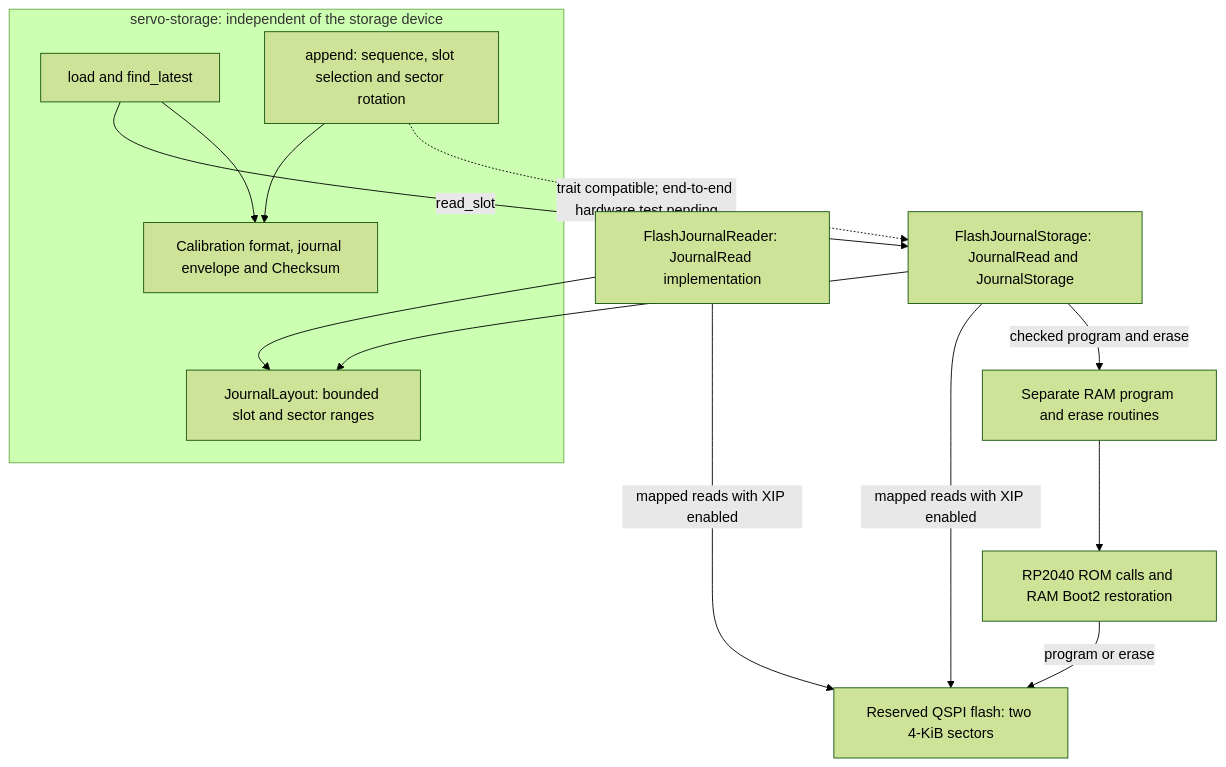
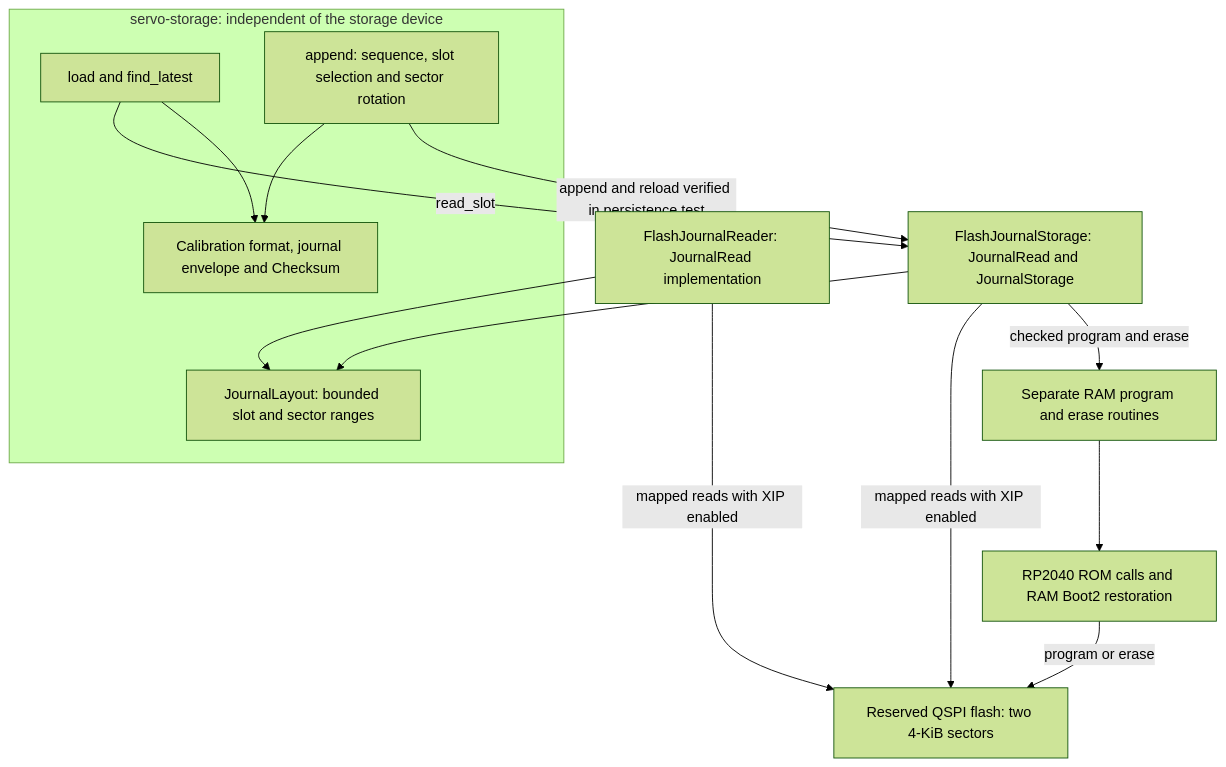
Before and after one commit to ebe542/hexaroam: the third of 3 diagrams in docs/architecture/software-layers.md, drawn with Mermaid (forest theme). The commit also changed other lines of this file and 5 other files, not shown here.

````diff
--- a/docs/architecture/software-layers.md
+++ b/docs/architecture/software-layers.md
@@ -69,25 +69,25 @@
 ```mermaid
 flowchart TD
     subgraph Storage["servo-storage: independent of the storage device"]
         Load["load and find_latest"]
         Append["append: sequence, slot selection and sector rotation"]
         Format["Calibration format, journal envelope and Checksum"]
         Layout["JournalLayout: bounded slot and sector ranges"]
     end
     Read["FlashJournalReader: JournalRead implementation"]
     RAM["Separate RAM program and erase routines"]
     ROM["RP2040 ROM calls and RAM Boot2 restoration"]
     Flash["Reserved QSPI flash: two 4-KiB sectors"]
     Backend["FlashJournalStorage: JournalRead and JournalStorage"]
     Load -->|"read_slot"| Backend
     Backend --> Layout
     Backend -->|"mapped reads with XIP enabled"| Flash
     Read --> Layout
     Read -->|"mapped reads with XIP enabled"| Flash
     Append --> Format
     Load --> Format
-    Append -.->|"trait compatible; end-to-end hardware test pending"| Backend
+    Append -->|"append and reload verified in persistence test"| Backend
     Backend -->|"checked program and erase"| RAM
     RAM --> ROM
     ROM -->|"program or erase"| Flash
 ```
````
